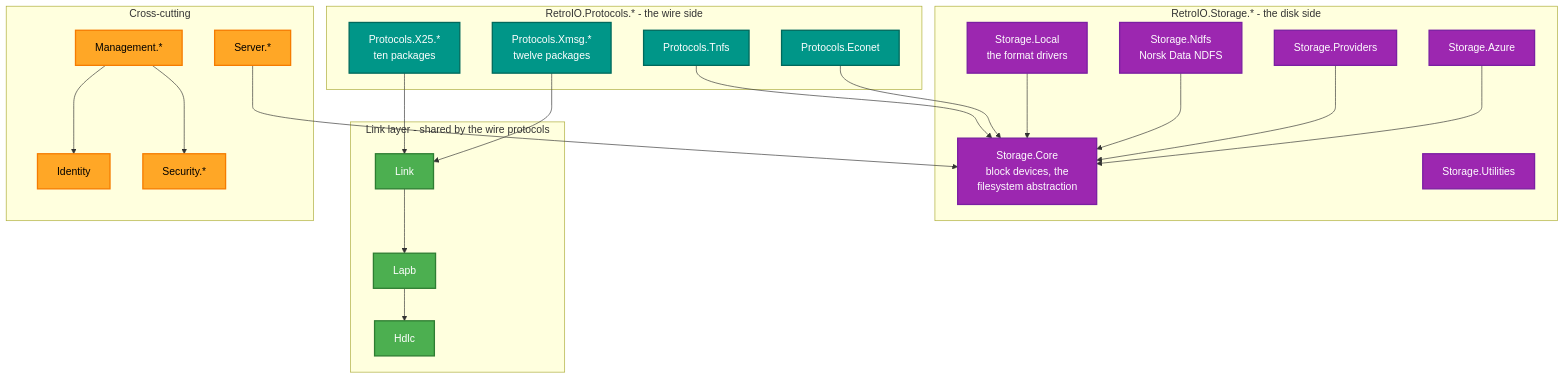
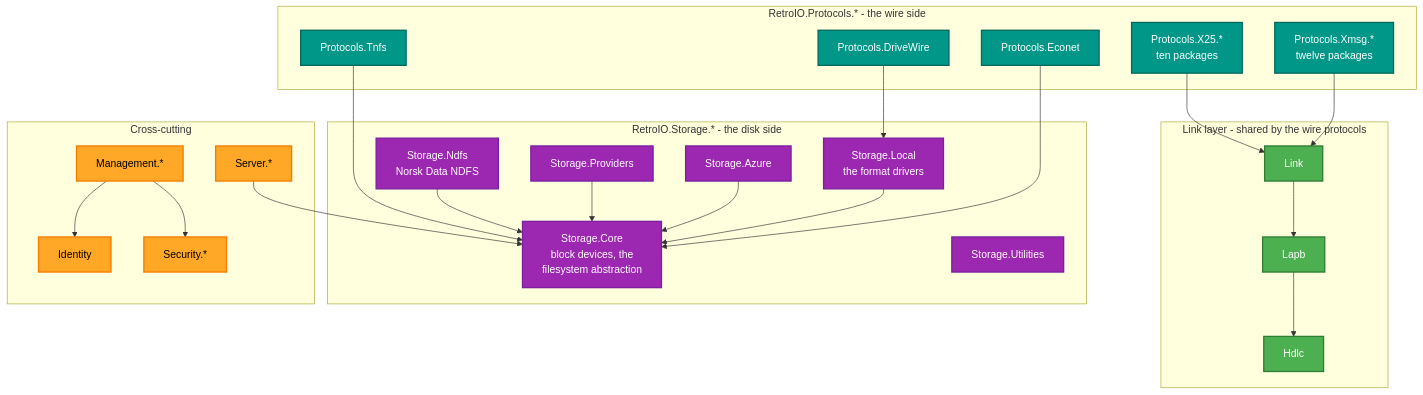
One commit to RetroCoreLabs/RetroIO changed the first of 2 diagrams in README.md. Above: the diagram before and after it, drawn with Mermaid. The commit also changed other lines of this file and 37 other files, not shown here.

````diff
--- a/README.md
+++ b/README.md
@@ -140,54 +140,56 @@
 ```mermaid
 flowchart TB
     subgraph STORAGE["RetroIO.Storage.* - the disk side"]
         SCore["Storage.Core<br/>block devices, the<br/>filesystem abstraction"]
         SLocal["Storage.Local<br/>the format drivers"]
         SNdfs["Storage.Ndfs<br/>Norsk Data NDFS"]
         SProv["Storage.Providers"]
         SAzure["Storage.Azure"]
         SUtil["Storage.Utilities"]
     end
 
     subgraph PROTO["RetroIO.Protocols.* - the wire side"]
         Tnfs["Protocols.Tnfs"]
+        DriveWire["Protocols.DriveWire"]
         Econet["Protocols.Econet"]
         X25["Protocols.X25.*<br/>ten packages"]
         Xmsg["Protocols.Xmsg.*<br/>twelve packages"]
     end
 
     subgraph LINK["Link layer - shared by the wire protocols"]
         Hdlc["Hdlc"]
         Lapb["Lapb"]
         Link["Link"]
     end
 
     subgraph CROSS["Cross-cutting"]
         Ident["Identity"]
         Sec["Security.*"]
         Mgmt["Management.*"]
         Server["Server.*"]
     end
 
     X25 --> Link
     Xmsg --> Link
     Link --> Lapb --> Hdlc
     Tnfs --> SCore
     Econet --> SCore
+    DriveWire --> SLocal
     SLocal --> SCore
     SNdfs --> SCore
     SProv --> SCore
     SAzure --> SCore
     Mgmt --> Ident
     Mgmt --> Sec
     Server --> SCore
 
     classDef store fill:#9C27B0,stroke:#7B1FA2,stroke-width:2px,color:#fff
     classDef proto fill:#009688,stroke:#00695C,stroke-width:2px,color:#fff
     classDef link  fill:#4CAF50,stroke:#2E7D32,stroke-width:2px,color:#fff
     classDef cross fill:#FFA726,stroke:#F57C00,stroke-width:2px,color:#000
 
     class SCore,SLocal,SNdfs,SProv,SAzure,SUtil store
-    class Tnfs,Econet,X25,Xmsg proto
+    class Tnfs,DriveWire,Econet,X25,Xmsg proto
     class Hdlc,Lapb,Link link
     class Ident,Sec,Mgmt,Server cross
 ```
````
